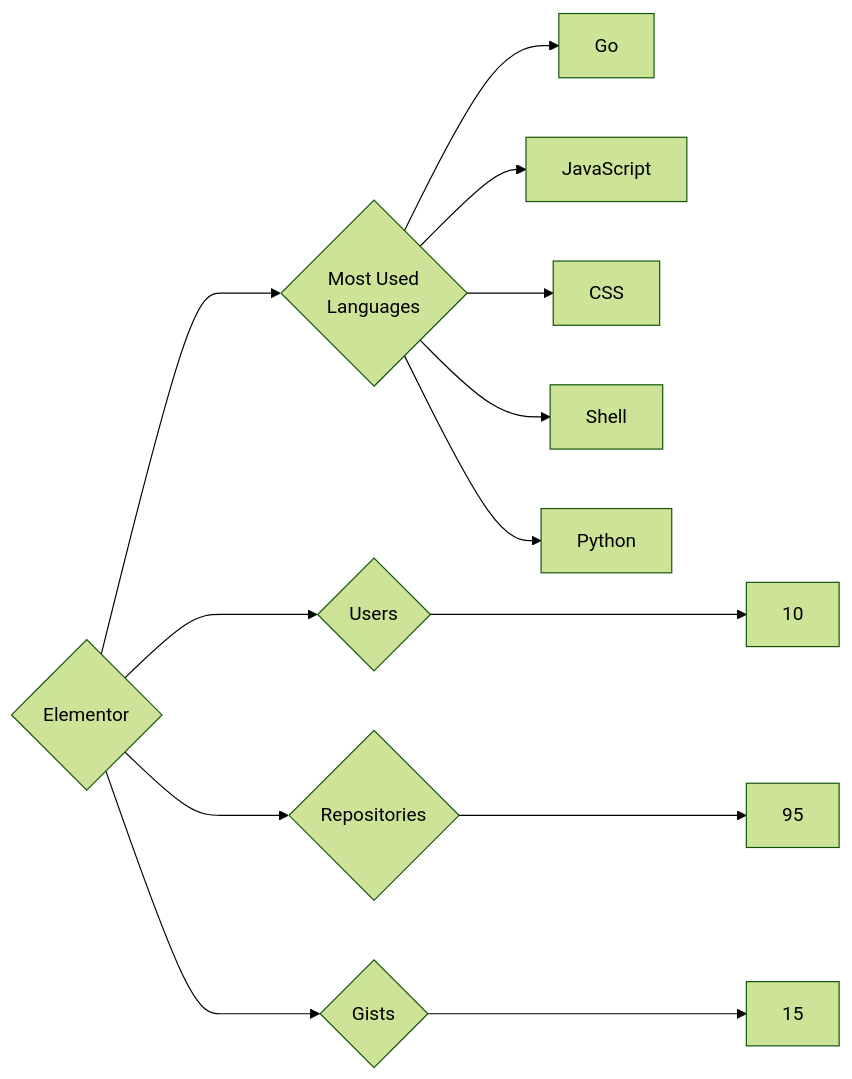
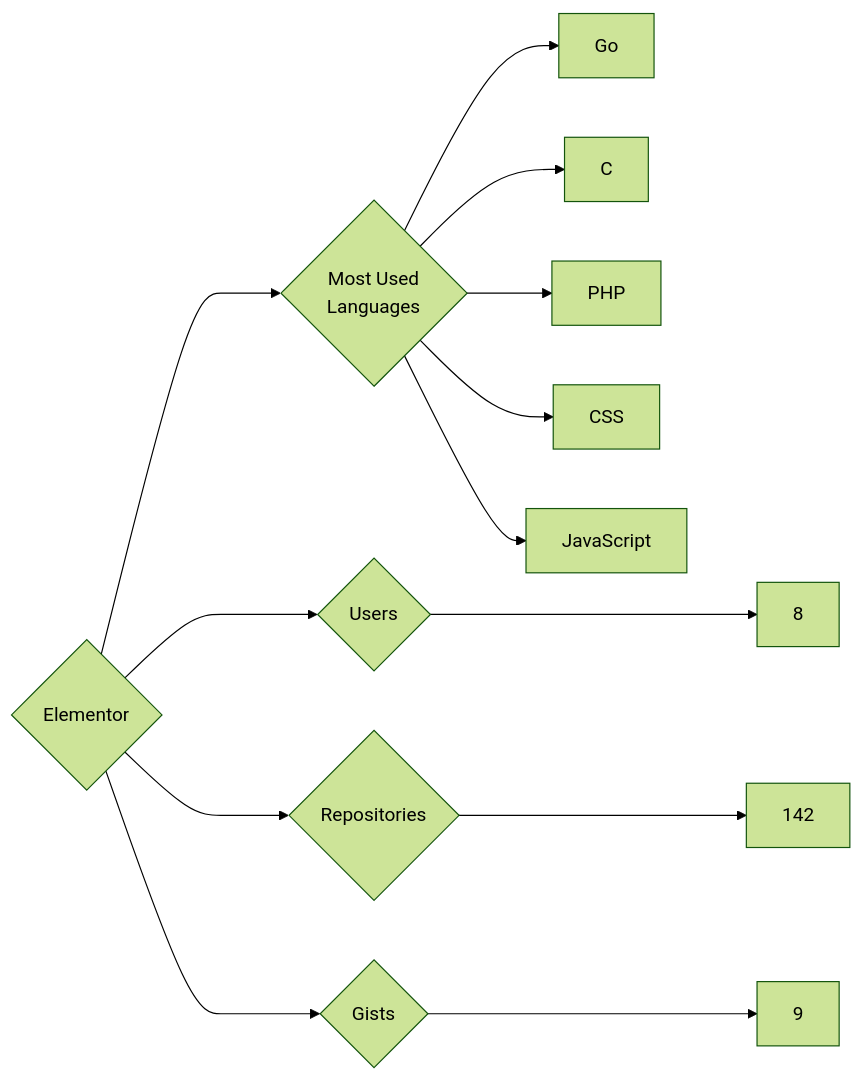
Before and after one commit to trickest/insiders: the diagram in targets/Elementor/README.md, drawn with Mermaid (forest theme). The commit also changed 1088 other files, not shown here.

````diff
--- a/targets/Elementor/README.md
+++ b/targets/Elementor/README.md
@@ -3,13 +3,13 @@
 ```mermaid
 graph LR
 COMPANY_NAME{Elementor}
-COMPANY_NAME ---> U{Users} ---> UN[10]
-COMPANY_NAME ---> R{Repositories} ---> RN[95]
-COMPANY_NAME ---> G{Gists} ---> GN[15]
+COMPANY_NAME ---> U{Users} ---> UN[8]
+COMPANY_NAME ---> R{Repositories} ---> RN[142]
+COMPANY_NAME ---> G{Gists} ---> GN[9]
 COMPANY_NAME ---> ML{Most Used<br>Languages}
 ML --> Go[Go]
+ML --> C[C]
+ML --> PHP[PHP]
+ML --> CSS[CSS]
 ML --> JavaScript[JavaScript]
-ML --> CSS[CSS]
-ML --> Shell[Shell]
-ML --> Python[Python]
 ```
````
